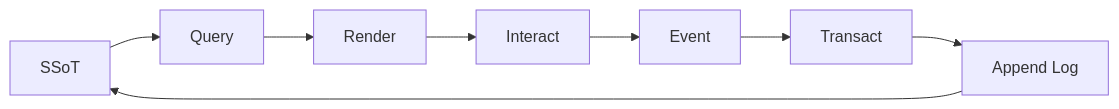
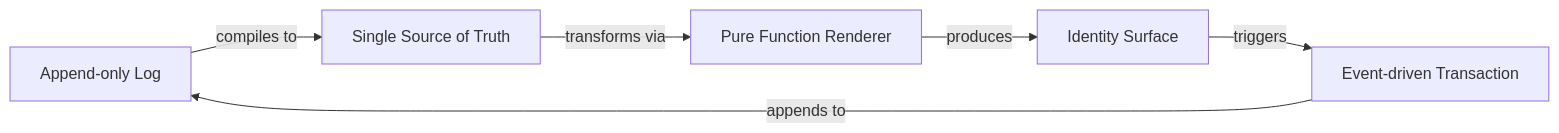
One commit to Synthetic-Identity-Co/conj-talk-2025 changed the fifth of 7 diagrams in conj-talk-2025.md. Above: the diagram before and after it, drawn with Mermaid. The commit also changed other lines of this file, not shown here.

````diff
--- a/conj-talk-2025.md
+++ b/conj-talk-2025.md
@@ -267,10 +281,8 @@
 ```mermaid
-flowchart LR
-    A[SSoT] --> B[Query]
-    B --> C[Render]
-    C --> D[Interact]
-    D --> E[Event]
-    E --> F[Transact]
-    F --> G[Append Log]
-    G --> A
+graph LR
+    P1[Append-only Log] -->|compiles to| P2[Single Source of Truth]
+    P2 -->|transforms via| P3[Pure Function Renderer]
+    P3 -->|produces| I[Identity Surface]
+    I -->|triggers| B[Event-driven Transaction]
+    B -->|appends to| P1
 ```
````
